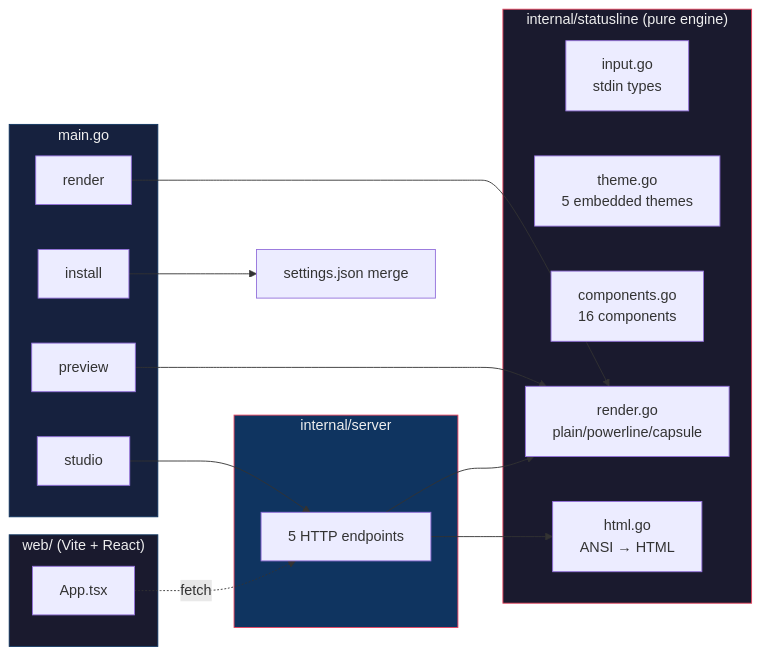
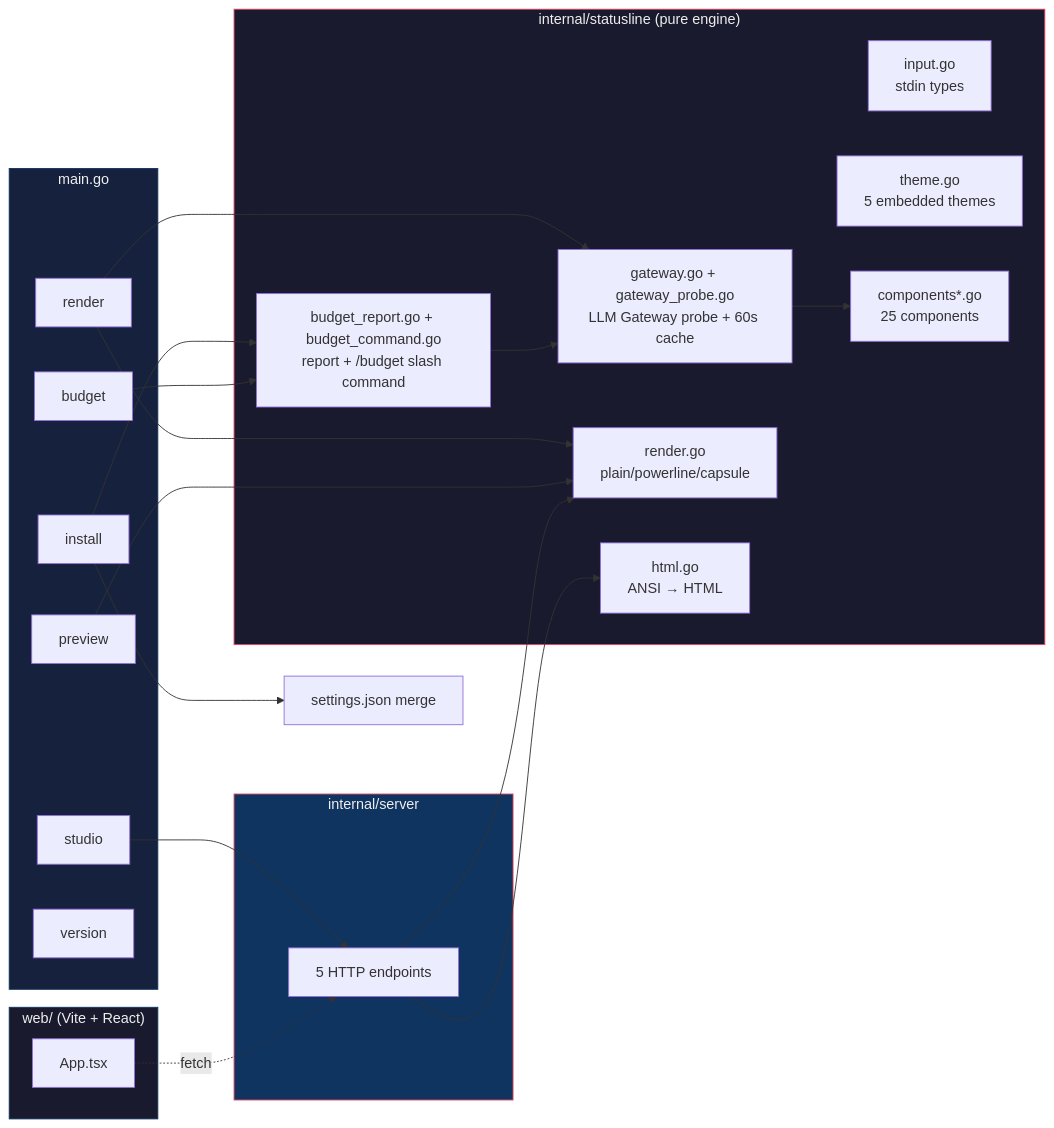
The second of 2 diagrams in README.en.md (Felipeness/claude-statusline), drawn with Mermaid before and after one commit. The commit also changed other lines of this file and 2 other files, not shown here.

First line of the commit message:
docs: gateway budget, session tokens, team install guide

````diff
--- a/README.en.md
+++ b/README.en.md
@@ -161,38 +198,47 @@
 ```mermaid
 flowchart LR
     subgraph engine ["internal/statusline (pure engine)"]
         I[input.go<br/>stdin types]
         T[theme.go<br/>5 embedded themes]
-        C[components.go<br/>16 components]
+        C[components*.go<br/>25 components]
+        GW[gateway.go + gateway_probe.go<br/>LLM Gateway probe + 60s cache]
+        BUD[budget_report.go + budget_command.go<br/>report + /budget slash command]
         R[render.go<br/>plain/powerline/capsule]
         H[html.go<br/>ANSI → HTML]
     end
 
     subgraph cli ["main.go"]
         REN[render]
         INS[install]
         PRE[preview]
         STU[studio]
+        BGT[budget]
+        VER[version]
     end
 
     subgraph srv ["internal/server"]
         EP["5 HTTP endpoints"]
     end
 
     subgraph web ["web/ (Vite + React)"]
         APP[App.tsx]
     end
 
     REN --> R
+    REN --> GW
+    GW --> C
     PRE --> R
     STU --> EP
     EP --> R
     EP --> H
     INS --> CONF[settings.json merge]
+    INS --> BUD
+    BGT --> BUD
+    BUD --> GW
     APP -.fetch.-> EP
 
     style engine fill:#1a1a2e,stroke:#e94560,color:#eee
     style cli fill:#16213e,stroke:#0f3460,color:#eee
     style srv fill:#0f3460,stroke:#e94560,color:#eee
     style web fill:#1a1a2e,stroke:#0f3460,color:#eee
 ```
````
